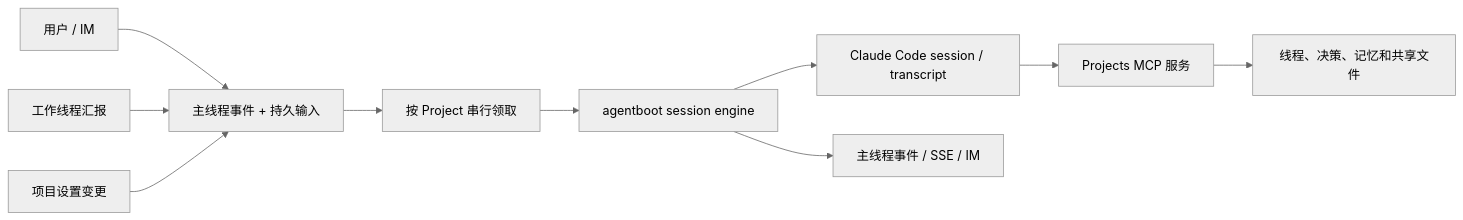
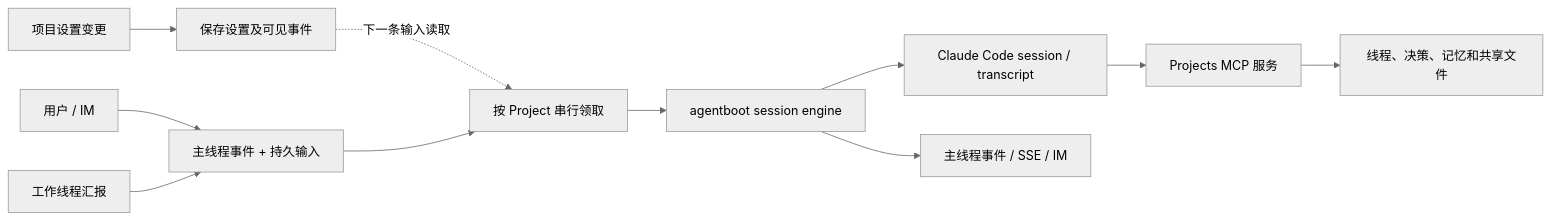
The first of 2 diagrams in projects/.design/coordinator-session.md (tingly-dev/tingly-box), drawn with Mermaid (neutral theme) before and after one commit. The commit also changed other lines of this file and 5 other files, not shown here.

````diff
--- a/projects/.design/coordinator-session.md
+++ b/projects/.design/coordinator-session.md
@@ -15,12 +15,13 @@
 ```mermaid
 flowchart LR
     User[用户 / IM] --> Input[主线程事件 + 持久输入]
     Worker[工作线程汇报] --> Input
-    Settings[项目设置变更] --> Input
+    Settings[项目设置变更] --> State[保存设置及可见事件]
+    State -. 下一条输入读取 .-> Queue
     Input --> Queue[按 Project 串行领取]
     Queue --> Engine[agentboot session engine]
     Engine --> Claude[Claude Code session / transcript]
     Claude --> MCP[Projects MCP 服务]
     MCP --> Actions[线程、决策、记忆和共享文件]
     Engine --> Projection[主线程事件 / SSE / IM]
 ```
````
